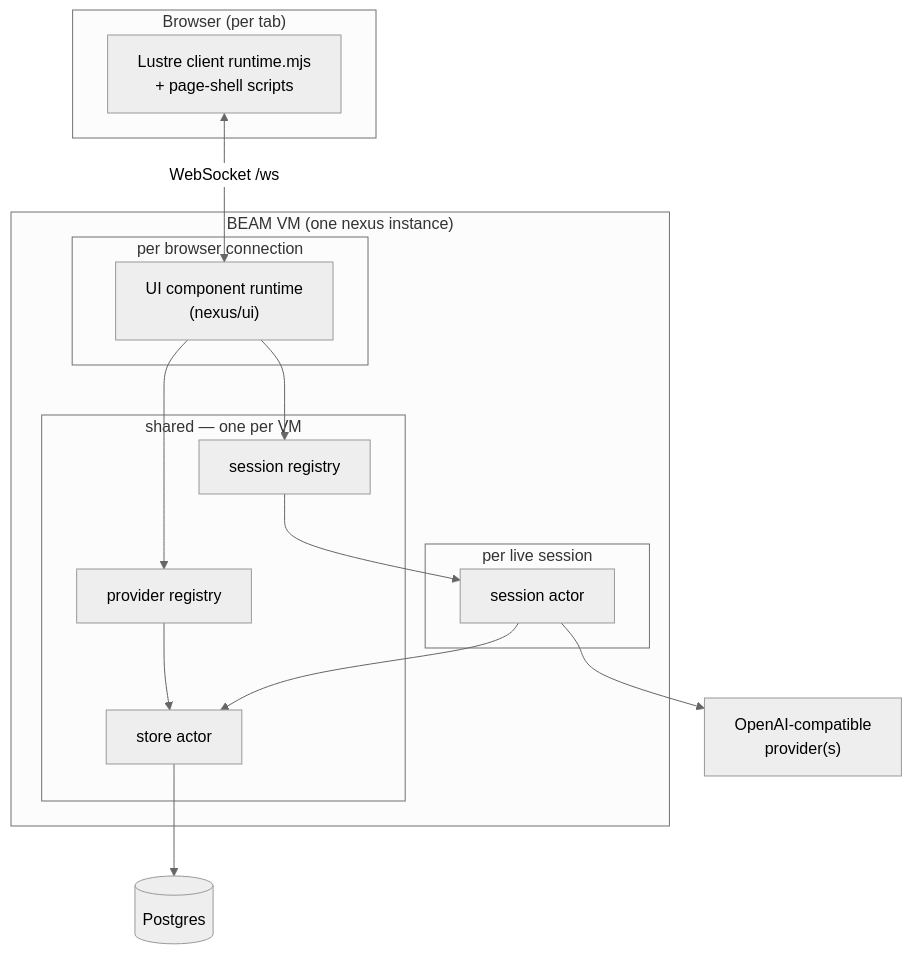
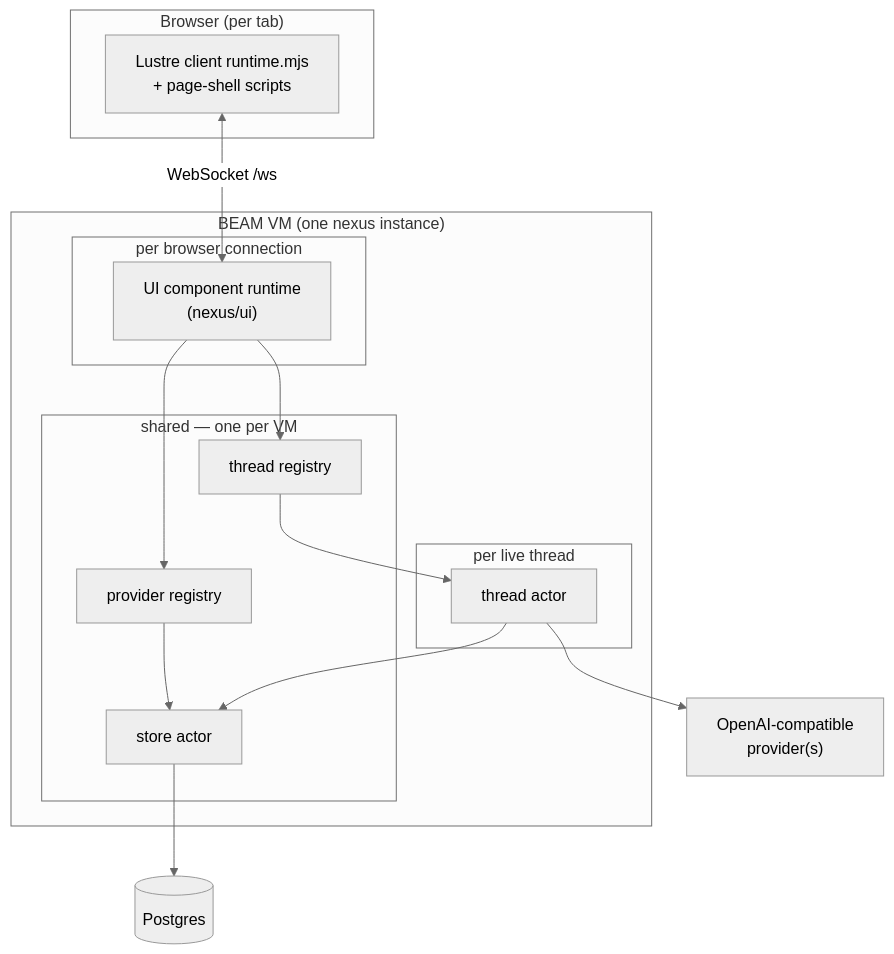
The first of 4 diagrams in ARCHITECTURE.md (jhillyerd/nexus), drawn with Mermaid (neutral theme) before and after one commit. The commit also changed other lines of this file and 71 other files, not shown here.

First line of the commit message:
refactor: rename session → thread everywhere (#70)

````diff
--- a/ARCHITECTURE.md
+++ b/ARCHITECTURE.md
@@ -23,30 +24,30 @@
 ```mermaid
 flowchart TB
     subgraph browser["Browser (per tab)"]
         js["Lustre client runtime.mjs<br/>+ page-shell scripts"]
     end
     subgraph vm["BEAM VM (one nexus instance)"]
         subgraph conn["per browser connection"]
             rt["UI component runtime<br/>(nexus/ui)"]
         end
         subgraph shared["shared — one per VM"]
-            reg["session registry"]
+            reg["thread registry"]
             prov["provider registry"]
             store["store actor"]
         end
-        subgraph persess["per live session"]
-            sa["session actor"]
+        subgraph perthread["per live thread"]
+            sa["thread actor"]
         end
     end
     pg[("Postgres")]
     llm["OpenAI-compatible<br/>provider(s)"]
 
     js <-- "WebSocket /ws" --> rt
     rt --> reg
     rt --> prov
     reg --> sa
     sa --> store
     prov --> store
     store --> pg
     sa --> llm
 ```
````
